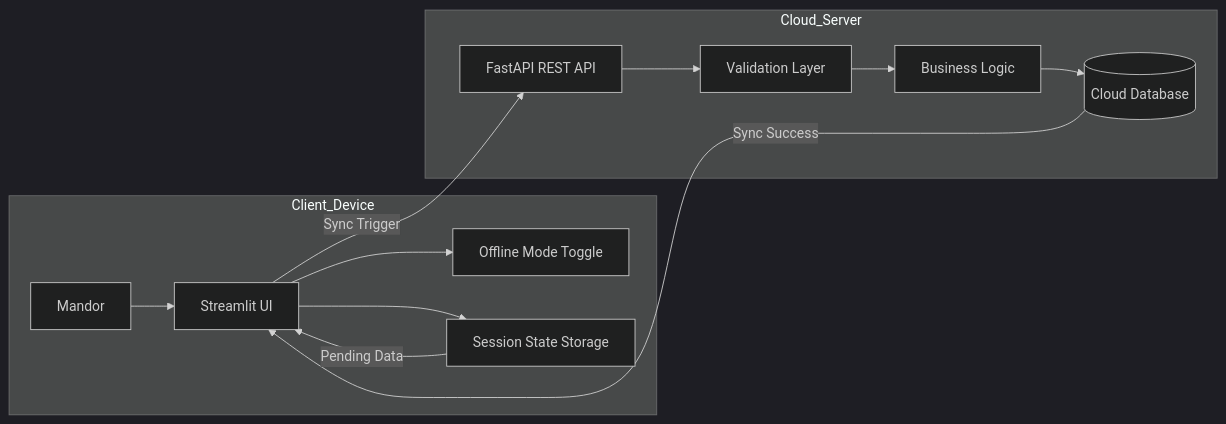
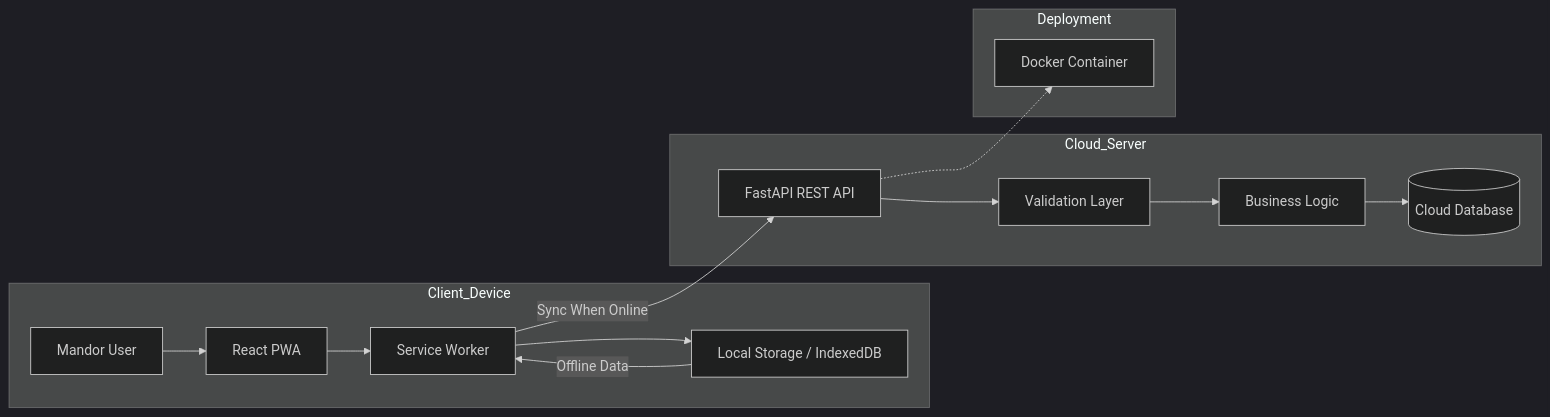
Before and after one commit to aidilsaputrakirsan-classroom/cc-kelompok-a-awit: the diagram in Readme.md, drawn with Mermaid (dark theme). The commit also changed other lines of this file, not shown here.

Commit message:
Final QA review: README verified, architecture validated, and documentation finalized

````diff
--- a/Readme.md
+++ b/Readme.md
@@ -19,30 +30,34 @@
 ```mermaid
 flowchart LR
 
     subgraph Client_Device
-        A[Mandor]
-        B[Streamlit UI]
-        C[Offline Mode Toggle]
-        D[Session State Storage]
+        A[Mandor User]
+        B[React PWA]
+        C[Service Worker]
+        D[Local Storage / IndexedDB]
     end
 
     subgraph Cloud_Server
         E[FastAPI REST API]
         F[Validation Layer]
         G[Business Logic]
         H[(Cloud Database)]
     end
 
+    subgraph Deployment
+        I[Docker Container]
+    end
+
     A --> B
     B --> C
-    B --> D
+    C --> D
 
-    D -->|Pending Data| B
+    D -->|Offline Data| C
+    C -->|Sync When Online| E
 
-    B -->|Sync Trigger| E
     E --> F
     F --> G
     G --> H
 
-    H -->|Sync Success| B
+    E -.-> I
 ```
````
